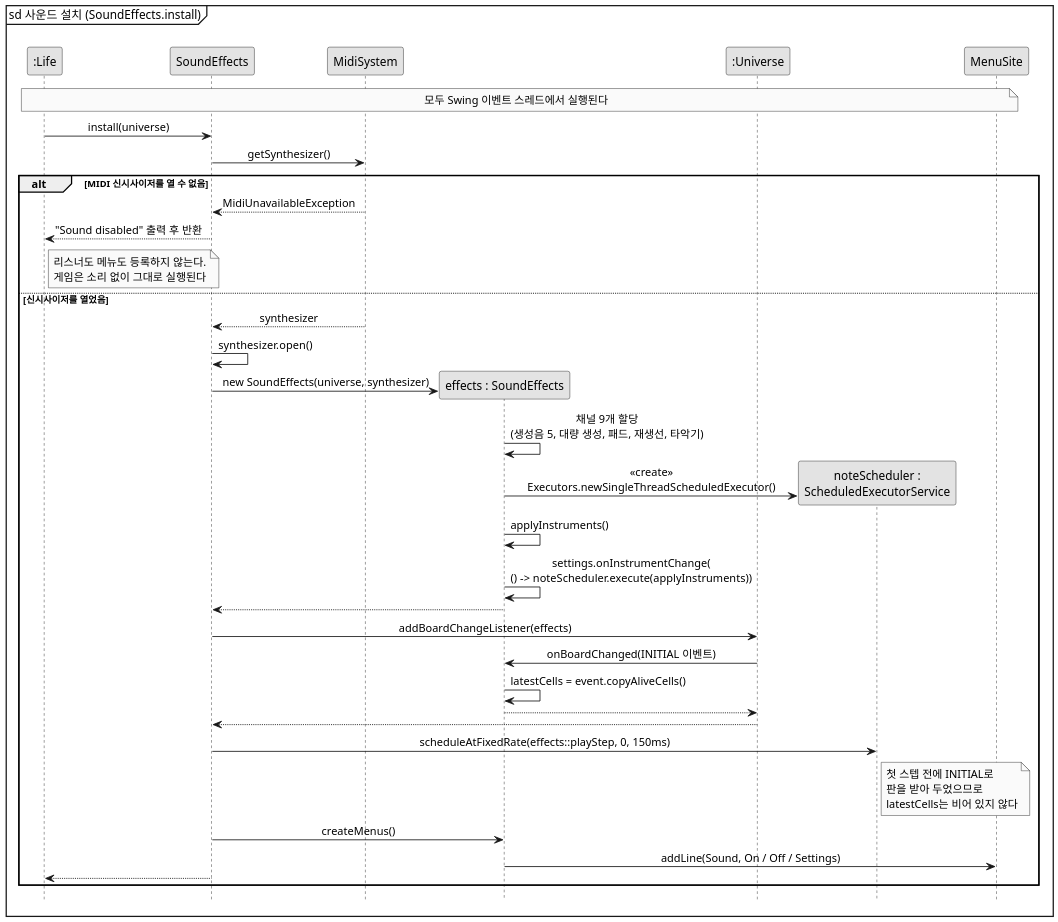
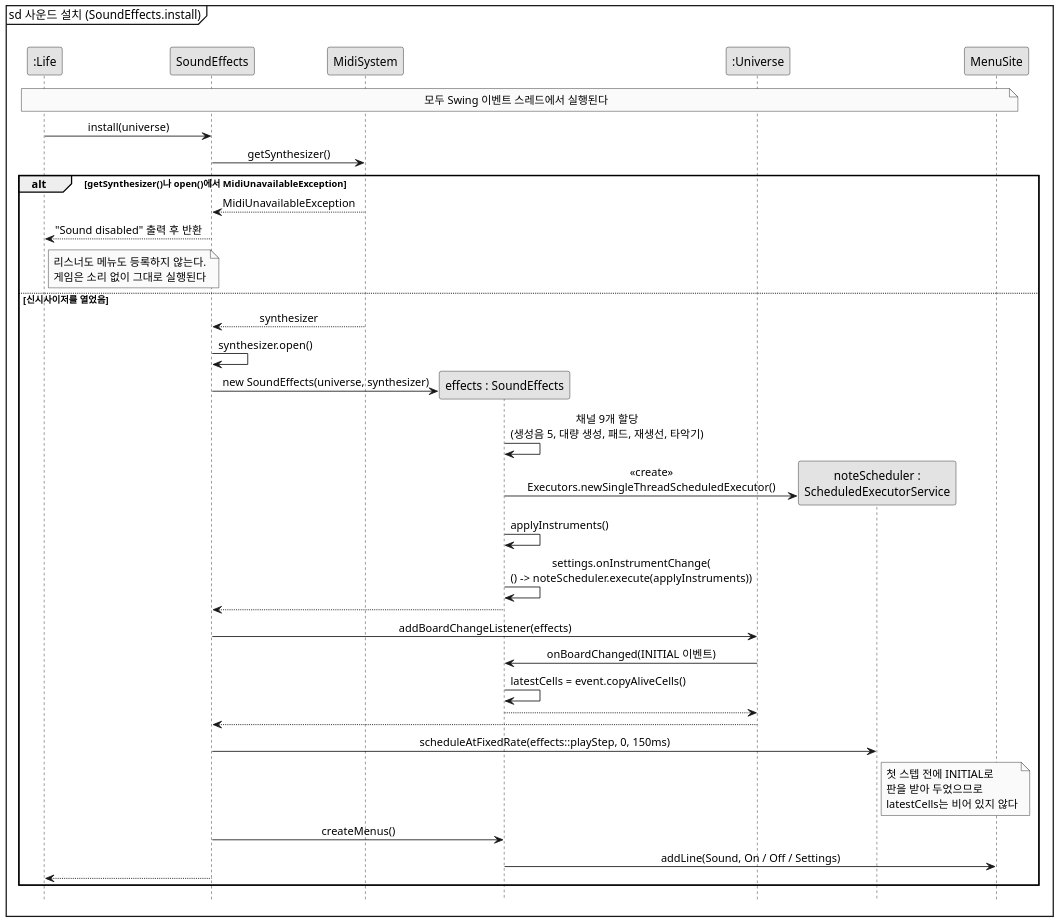
One commit to mckimR1972/DP_team_project changed the diagram in docs/sound-effects/diagram/sd-install.puml. Above: the diagram before and after it, drawn with PlantUML. The commit also changed 21 other files, not shown here.

First line of the commit message:
docs(sound): 다이어그램을 표기 통일안과 코드에 맞춤

```diff
--- a/docs/sound-effects/diagram/sd-install.puml
+++ b/docs/sound-effects/diagram/sd-install.puml
@@ -1,52 +1,52 @@
 @startuml sd-install
 skinparam monochrome true
 skinparam dpi 150
 skinparam shadowing false
 skinparam defaultFontName "Malgun Gothic"
 skinparam sequenceMessageAlign center
 hide footbox
 mainframe sd 사운드 설치 (SoundEffects.install)
 
 participant ":Life" as L
 participant "SoundEffects" as SC
 participant "MidiSystem" as MS
 participant "effects : SoundEffects" as S
 participant ":Universe" as U
 participant "noteScheduler :\nScheduledExecutorService" as Q
 participant "MenuSite" as M
 
 note over L, M : 모두 Swing 이벤트 스레드에서 실행된다
 
 L -> SC : install(universe)
 SC -> MS : getSynthesizer()
 
-alt MIDI 신시사이저를 열 수 없음
+alt getSynthesizer()나 open()에서 MidiUnavailableException
   MS --> SC : MidiUnavailableException
   SC --> L : "Sound disabled" 출력 후 반환
   note right of L : 리스너도 메뉴도 등록하지 않는다.\n게임은 소리 없이 그대로 실행된다
 else 신시사이저를 열었음
   MS --> SC : synthesizer
   SC -> SC : synthesizer.open()
   create S
   SC -> S : new SoundEffects(universe, synthesizer)
   S -> S : 채널 9개 할당\n(생성음 5, 대량 생성, 패드, 재생선, 타악기)
   create Q
   S -> Q : <<create>>\nExecutors.newSingleThreadScheduledExecutor()
   S -> S : applyInstruments()
   S -> S : settings.onInstrumentChange(\n() -> noteScheduler.execute(applyInstruments))
   S --> SC
 
   SC -> U : addBoardChangeListener(effects)
   U -> S : onBoardChanged(INITIAL 이벤트)
   S -> S : latestCells = event.copyAliveCells()
   S --> U
   U --> SC
 
   SC -> Q : scheduleAtFixedRate(effects::playStep, 0, 150ms)
   note right of Q : 첫 스텝 전에 INITIAL로\n판을 받아 두었으므로\nlatestCells는 비어 있지 않다
 
   SC -> S : createMenus()
   S -> M : addLine(Sound, On / Off / Settings)
   SC --> L
 end
 @enduml
```
